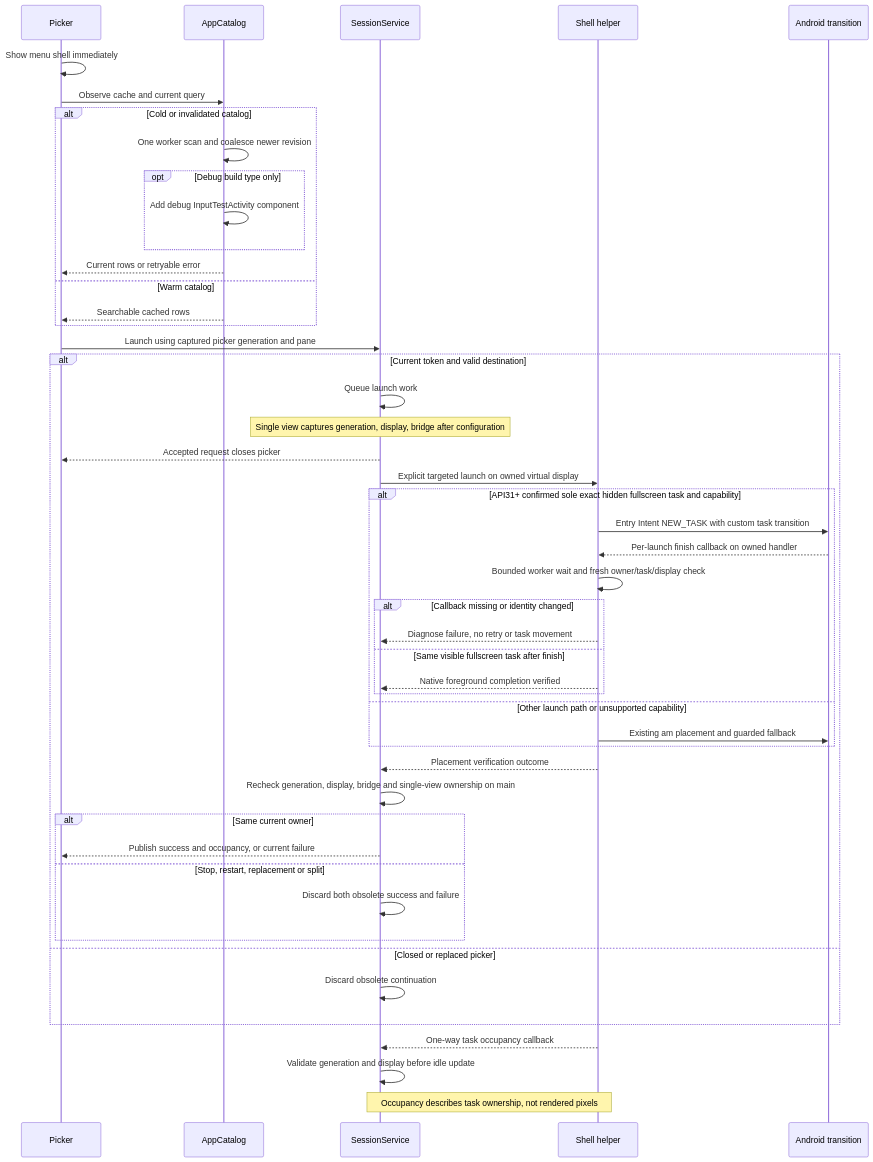
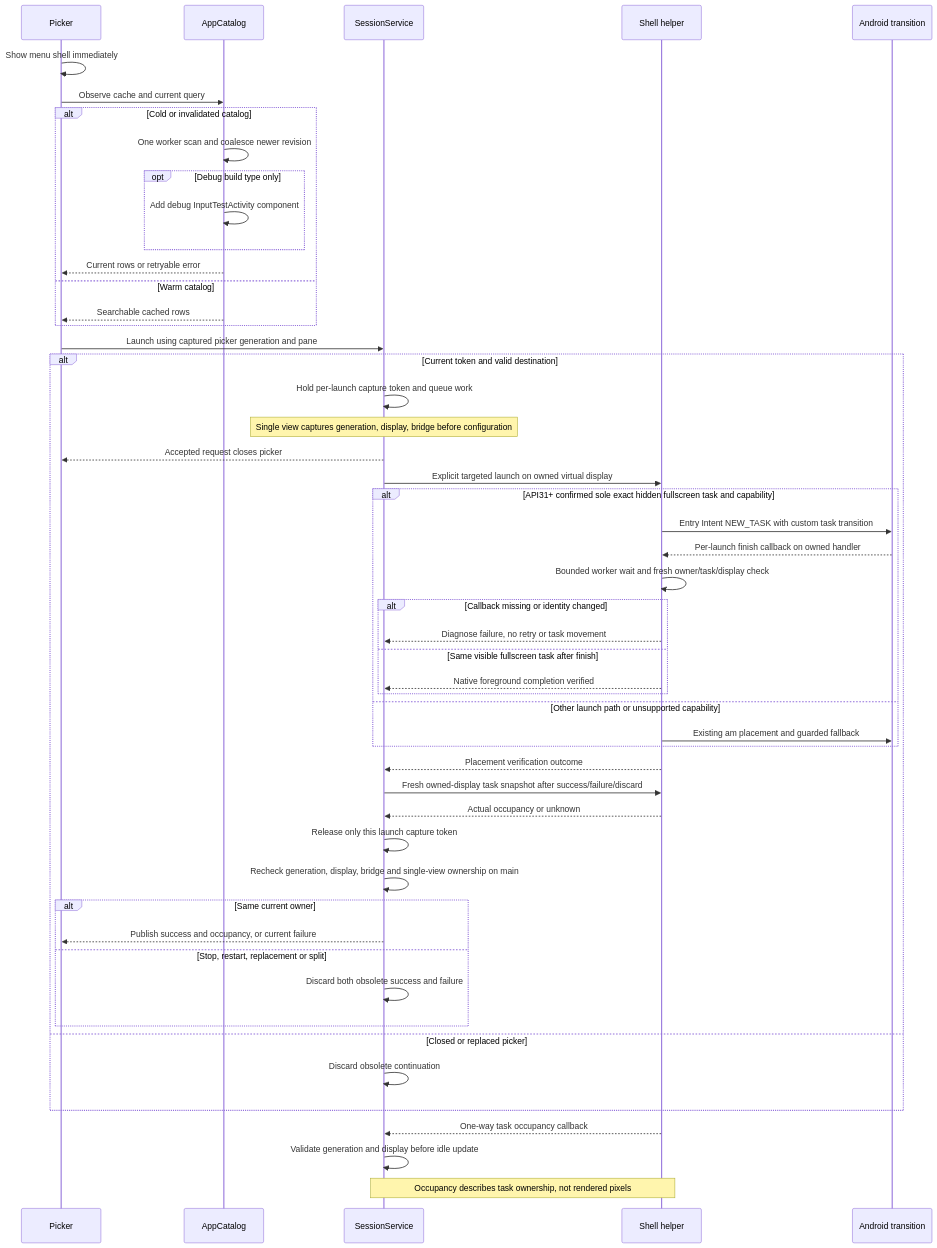
Before and after one commit to PhiLong-Ho/DexDroid: the second of 2 diagrams in docs/architecture/features/app-launcher.md, drawn with Mermaid. The commit also changed other lines of this file and 47 other files, not shown here.

````diff
--- a/docs/architecture/features/app-launcher.md
+++ b/docs/architecture/features/app-launcher.md
@@ -38,50 +44,53 @@
 ```mermaid
 sequenceDiagram
     participant UI as Picker
     participant C as AppCatalog
     participant S as SessionService
     participant D as Shell helper
     participant N as Android transition
     UI->>UI: Show menu shell immediately
     UI->>C: Observe cache and current query
     alt Cold or invalidated catalog
         C->>C: One worker scan and coalesce newer revision
         opt Debug build type only
             C->>C: Add debug InputTestActivity component
         end
         C-->>UI: Current rows or retryable error
     else Warm catalog
         C-->>UI: Searchable cached rows
     end
     UI->>S: Launch using captured picker generation and pane
     alt Current token and valid destination
-        S->>S: Queue launch work
-        Note over S: Single view captures generation, display, bridge after configuration
+        S->>S: Hold per-launch capture token and queue work
+        Note over S: Single view captures generation, display, bridge before configuration
         S-->>UI: Accepted request closes picker
         S->>D: Explicit targeted launch on owned virtual display
         alt API31+ confirmed sole exact hidden fullscreen task and capability
             D->>N: Entry Intent NEW_TASK with custom task transition
             N-->>D: Per-launch finish callback on owned handler
             D->>D: Bounded worker wait and fresh owner/task/display check
             alt Callback missing or identity changed
                 D-->>S: Diagnose failure, no retry or task movement
             else Same visible fullscreen task after finish
                 D-->>S: Native foreground completion verified
             end
         else Other launch path or unsupported capability
             D->>N: Existing am placement and guarded fallback
         end
         D-->>S: Placement verification outcome
+        S->>D: Fresh owned-display task snapshot after success/failure/discard
+        D-->>S: Actual occupancy or unknown
+        S->>S: Release only this launch capture token
         S->>S: Recheck generation, display, bridge and single-view ownership on main
         alt Same current owner
             S-->>UI: Publish success and occupancy, or current failure
         else Stop, restart, replacement or split
             S->>S: Discard both obsolete success and failure
         end
     else Closed or replaced picker
         S->>S: Discard obsolete continuation
     end
     D-->>S: One-way task occupancy callback
     S->>S: Validate generation and display before idle update
     Note over S,D: Occupancy describes task ownership, not rendered pixels
 ```
````
